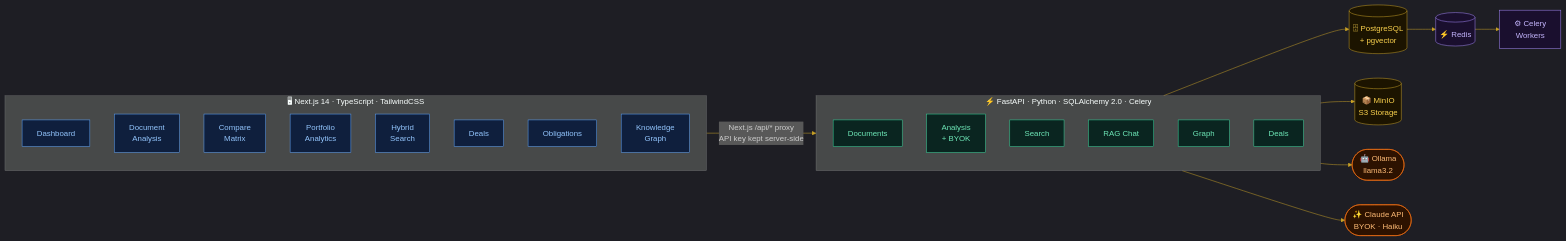
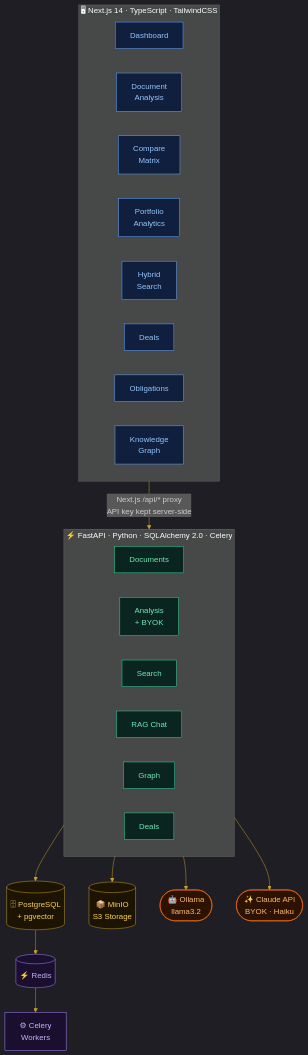
Before and after one commit to m4cd4r4/BrightClause: the first of 2 diagrams in README.md, drawn with Mermaid.

Commit message:
chore: convert architecture diagram LR \u2192 TD for better GitHub readability

````diff
--- a/README.md
+++ b/README.md
@@ -54,34 +54,34 @@
 ```mermaid
 %%{init: {'theme': 'dark', 'themeVariables': {'primaryColor': '#0f172a', 'primaryTextColor': '#e2e8f0', 'primaryBorderColor': '#c9a227', 'lineColor': '#c9a227', 'secondaryColor': '#1e293b', 'tertiaryColor': '#0f1f2e'}}}%%
-graph LR
+graph TD
     classDef fe    fill:#0f1f3d,stroke:#60a5fa,color:#93c5fd
     classDef be    fill:#0a2520,stroke:#34d399,color:#6ee7b7
     classDef store fill:#1c1400,stroke:#c9a227,color:#fcd34d
     classDef ai    fill:#2d1200,stroke:#f97316,color:#fdba74
     classDef task  fill:#1a0f2e,stroke:#a78bfa,color:#c4b5fd
 
     subgraph FE["🖥  Next.js 14  ·  TypeScript  ·  TailwindCSS"]
-        direction TB
+        direction LR
         Dashboard["Dashboard"] & DocDetail["Document\nAnalysis"] & Compare["Compare\nMatrix"] & Analytics["Portfolio\nAnalytics"] & Search["Hybrid\nSearch"] & Deals["Deals"] & Obligations["Obligations"] & KG["Knowledge\nGraph"]
     end
 
     FE -->|"Next.js /api/* proxy\nAPI key kept server-side"| BE
 
     subgraph BE["⚡  FastAPI  ·  Python  ·  SQLAlchemy 2.0  ·  Celery"]
-        direction TB
+        direction LR
         DocsAPI["Documents"] & AnalysisAPI["Analysis\n+ BYOK"] & SearchAPI["Search"] & ChatAPI["RAG Chat"] & GraphAPI["Graph"] & DealsAPI["Deals"]
     end
 
     BE --> PG[("🗄 PostgreSQL\n+ pgvector")]
     BE --> MinIO[("📦 MinIO\nS3 Storage")]
     BE --> OllamaNode(["🤖 Ollama\nllama3.2"])
     BE --> ClaudeNode(["✨ Claude API\nBYOK · Haiku"])
     PG --> Redis[("⚡ Redis")]
     Redis --> CeleryNode["⚙ Celery\nWorkers"]
 
     class Dashboard,DocDetail,Compare,Analytics,Search,Deals,Obligations,KG fe
     class DocsAPI,AnalysisAPI,SearchAPI,ChatAPI,GraphAPI,DealsAPI be
     class PG,MinIO store
     class OllamaNode,ClaudeNode ai
     class Redis,CeleryNode task
 ```
````
